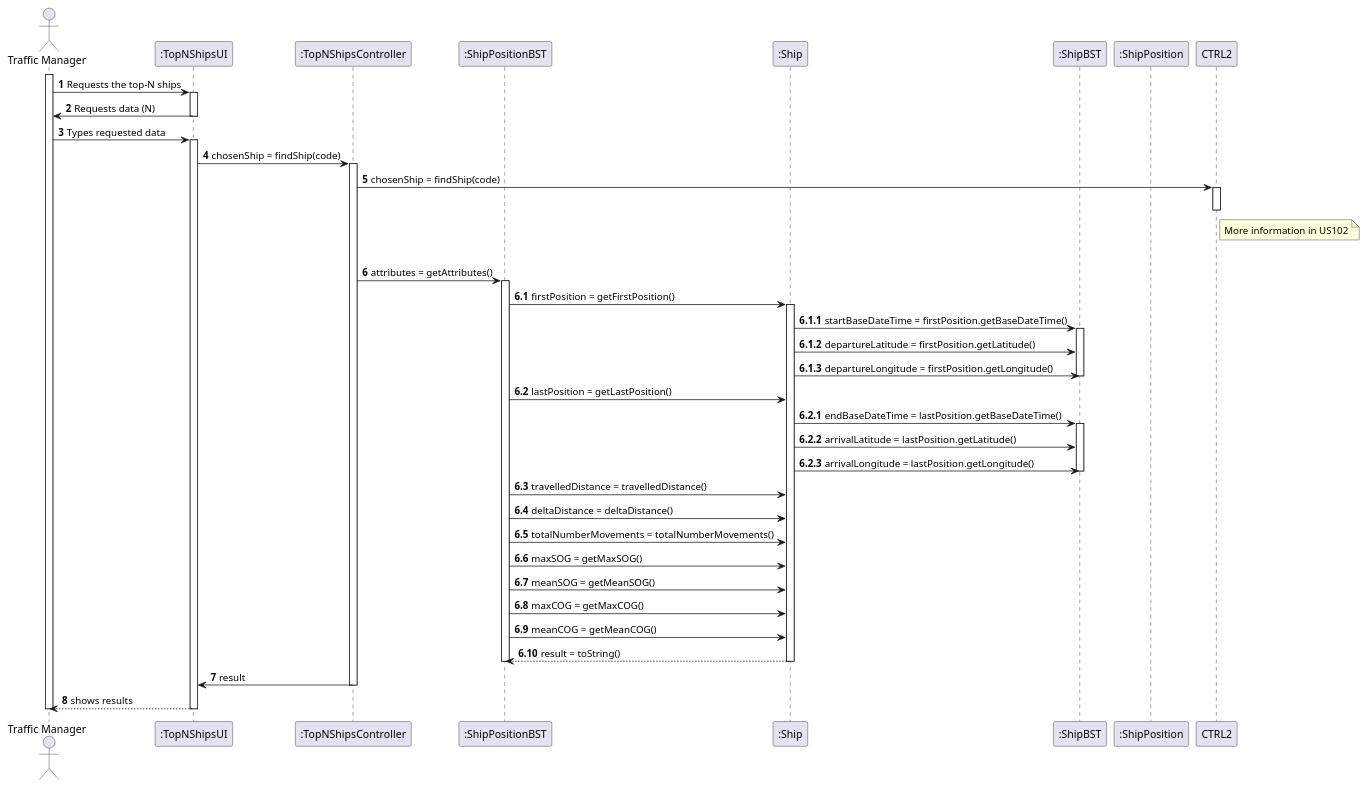
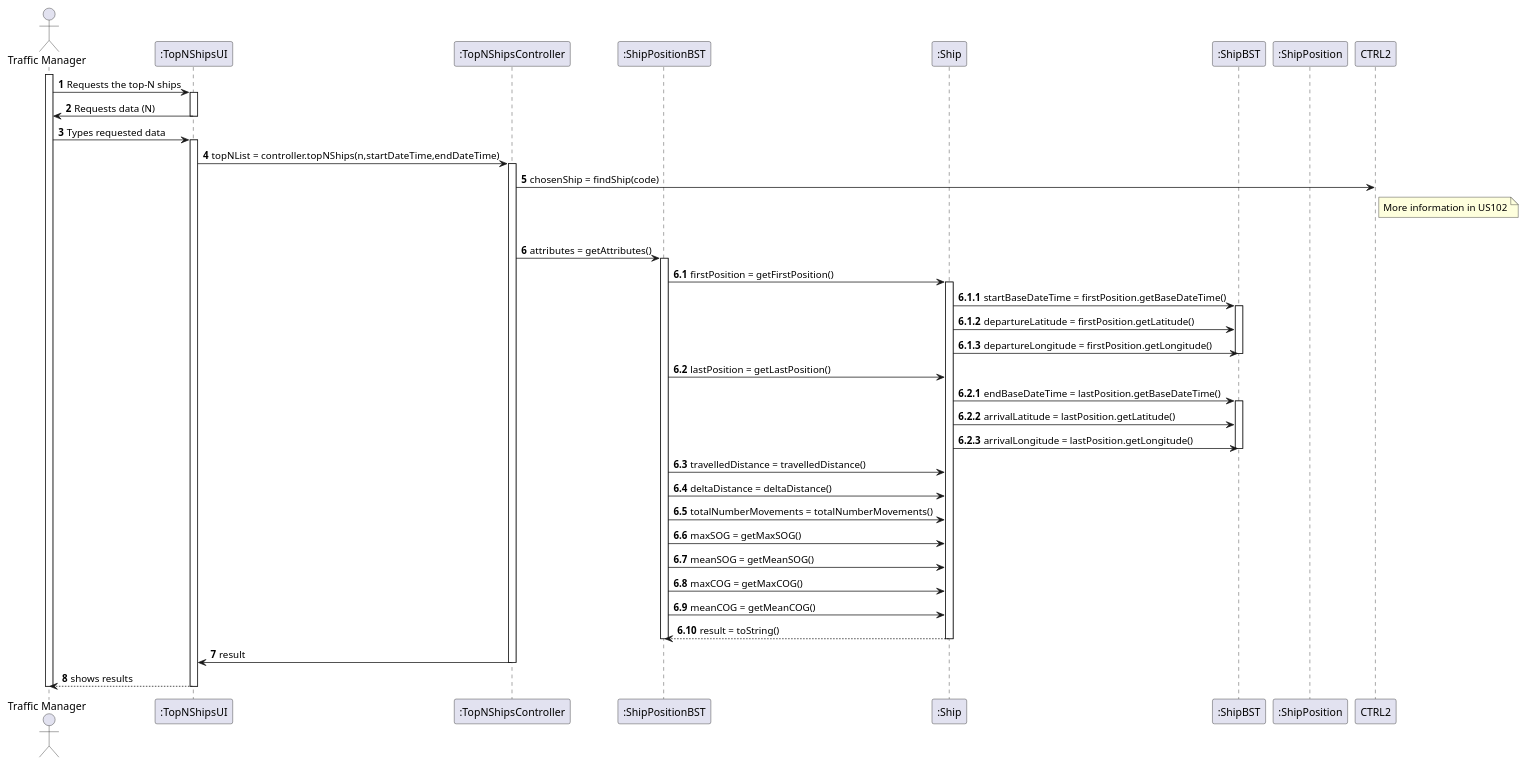
The diagram in docs/Sprint 1/US106/US106_SD.puml (1190772/LAB-Project-3), drawn with PlantUML before and after one commit.

```diff
--- a/docs/Sprint 1/US106/US106_SD.puml
+++ b/docs/Sprint 1/US106/US106_SD.puml
@@ -1,76 +1,75 @@
 @startuml
 autonumber
 
 'hide footbox
 actor "Traffic Manager" as TM
 
 participant ":TopNShipsUI" as UI
 participant ":TopNShipsController" as CTRL
 participant ":ShipPositionBST" as SPBST
 participant ":Ship" as SM
 participant ":ShipBST" as SBST
 participant ":ShipPosition" as SP
 
 activate TM
 TM -> UI : Requests the top-N ships
 activate UI
 
 UI -> TM : Requests data (N)
 
 deactivate UI
 
 TM -> UI : Types requested data
 activate UI
-UI -> CTRL : chosenShip = findShip(code)
+UI -> CTRL : topNList = controller.topNShips(n,startDateTime,endDateTime)
 activate CTRL
 
 CTRL -> CTRL2 : chosenShip = findShip(code)
-activate CTRL2
-deactivate CTRL2
+
 note right of CTRL2 : More information in US102
 |||
 
 CTRL -> SPBST : attributes = getAttributes()
 activate SPBST
 autonumber 6.1
 SPBST -> SM : firstPosition = getFirstPosition()
 activate SM
 
 autonumber 6.1.1
 SM -> SBST : startBaseDateTime = firstPosition.getBaseDateTime()
 activate SBST
 SM -> SBST : departureLatitude = firstPosition.getLatitude()
 SM -> SBST : departureLongitude = firstPosition.getLongitude()
 deactivate SBST
 
 autonumber 6.2
 SPBST -> SM : lastPosition = getLastPosition()
 
 autonumber 6.2.1
 SM -> SBST : endBaseDateTime = lastPosition.getBaseDateTime()
 activate SBST
 SM -> SBST : arrivalLatitude = lastPosition.getLatitude()
 SM -> SBST : arrivalLongitude = lastPosition.getLongitude()
 deactivate SBST
 
 autonumber 6.3
 SPBST -> SM : travelledDistance = travelledDistance()
 SPBST -> SM : deltaDistance = deltaDistance()
 SPBST -> SM : totalNumberMovements = totalNumberMovements()
 SPBST -> SM : maxSOG = getMaxSOG()
 SPBST -> SM : meanSOG = getMeanSOG()
 SPBST -> SM : maxCOG = getMaxCOG()
 SPBST -> SM : meanCOG = getMeanCOG()
 SM --> SPBST : result = toString()
 deactivate SM
 deactivate SPBST
 autonumber 7
 CTRL -> UI : result
 deactivate CTRL
 
 UI --> TM : shows results
 deactivate UI
 
 deactivate TM
 
 @enduml
```
